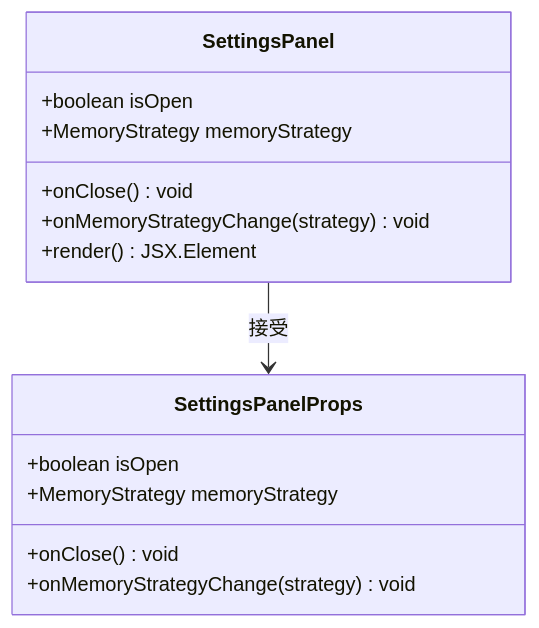
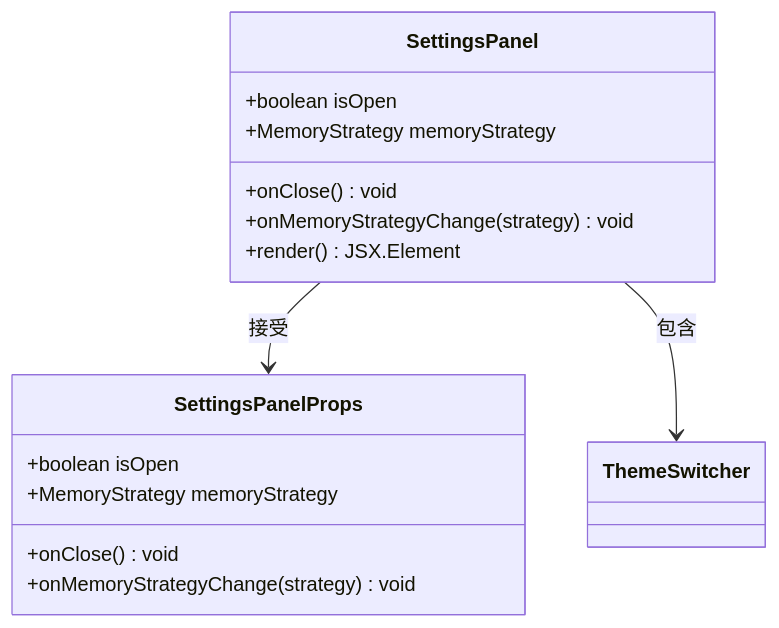
One commit to CryptoLinxu/Web3-AI-Agent changed the tenth of 23 diagrams in .qoder/repowiki/zh/content/项目概述/整体架构概览/Web应用程序/Web应用程序.md. Above: the diagram before and after it, drawn with Mermaid. The commit also changed other lines of this file and 18 other files, not shown here.

````diff
--- a/.qoder/repowiki/zh/content/项目概述/整体架构概览/Web应用程序/Web应用程序.md
+++ b/.qoder/repowiki/zh/content/项目概述/整体架构概览/Web应用程序/Web应用程序.md
@@ -371,17 +394,18 @@
 ```mermaid
 classDiagram
 class SettingsPanel {
 +boolean isOpen
 +MemoryStrategy memoryStrategy
 +onClose() void
 +onMemoryStrategyChange(strategy) void
 +render() JSX.Element
 }
 class SettingsPanelProps {
 +boolean isOpen
 +onClose() void
 +MemoryStrategy memoryStrategy
 +onMemoryStrategyChange(strategy) void
 }
 SettingsPanel --> SettingsPanelProps : 接受
+SettingsPanel --> ThemeSwitcher : 包含
 ```
````
